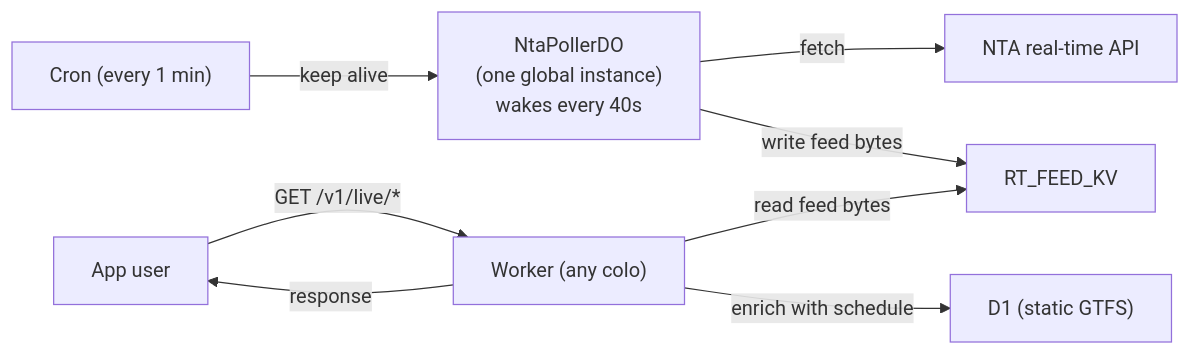
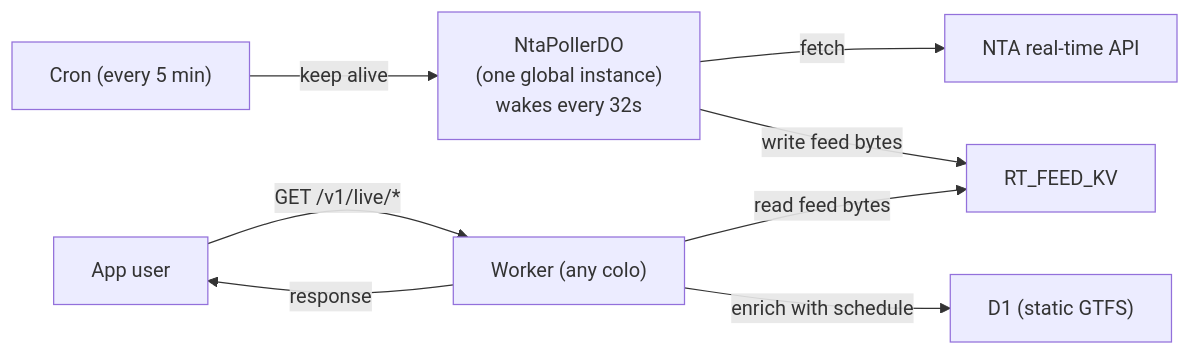
The diagram in README.md (joseph-neeraj/nta-server-worker), drawn with Mermaid before and after one commit. The commit also changed other lines of this file, not shown here.

````diff
--- a/README.md
+++ b/README.md
@@ -32,10 +32,10 @@
 ```mermaid
 flowchart LR
-  CRON["Cron (every 1 min)"] -->|keep alive| DO
-  DO["NtaPollerDO<br/>(one global instance)<br/>wakes every 40s"] -->|fetch| NTA["NTA real-time API"]
+  CRON["Cron (every 5 min)"] -->|keep alive| DO
+  DO["NtaPollerDO<br/>(one global instance)<br/>wakes every 32s"] -->|fetch| NTA["NTA real-time API"]
   DO -->|write feed bytes| KV["RT_FEED_KV"]
   USER["App user"] -->|GET /v1/live/*| W["Worker (any colo)"]
   W -->|read feed bytes| KV
   W -->|enrich with schedule| D1["D1 (static GTFS)"]
   W -->|response| USER
 ```
````
